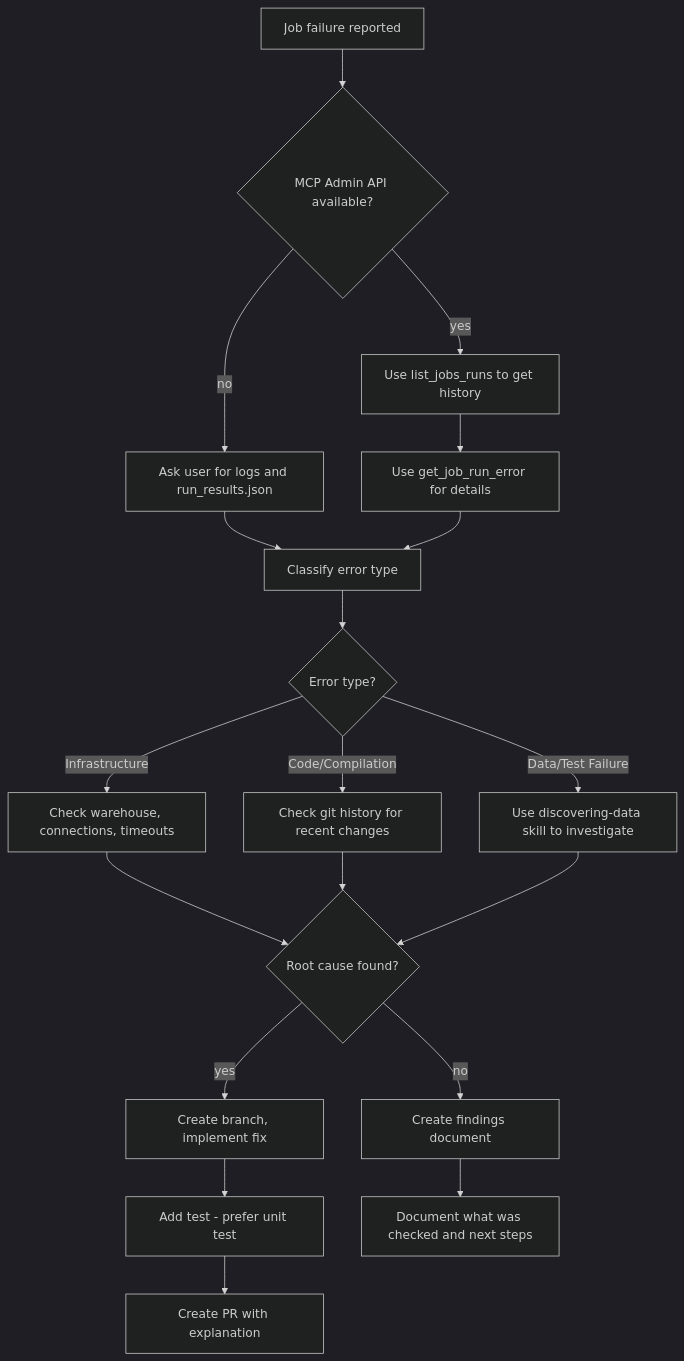
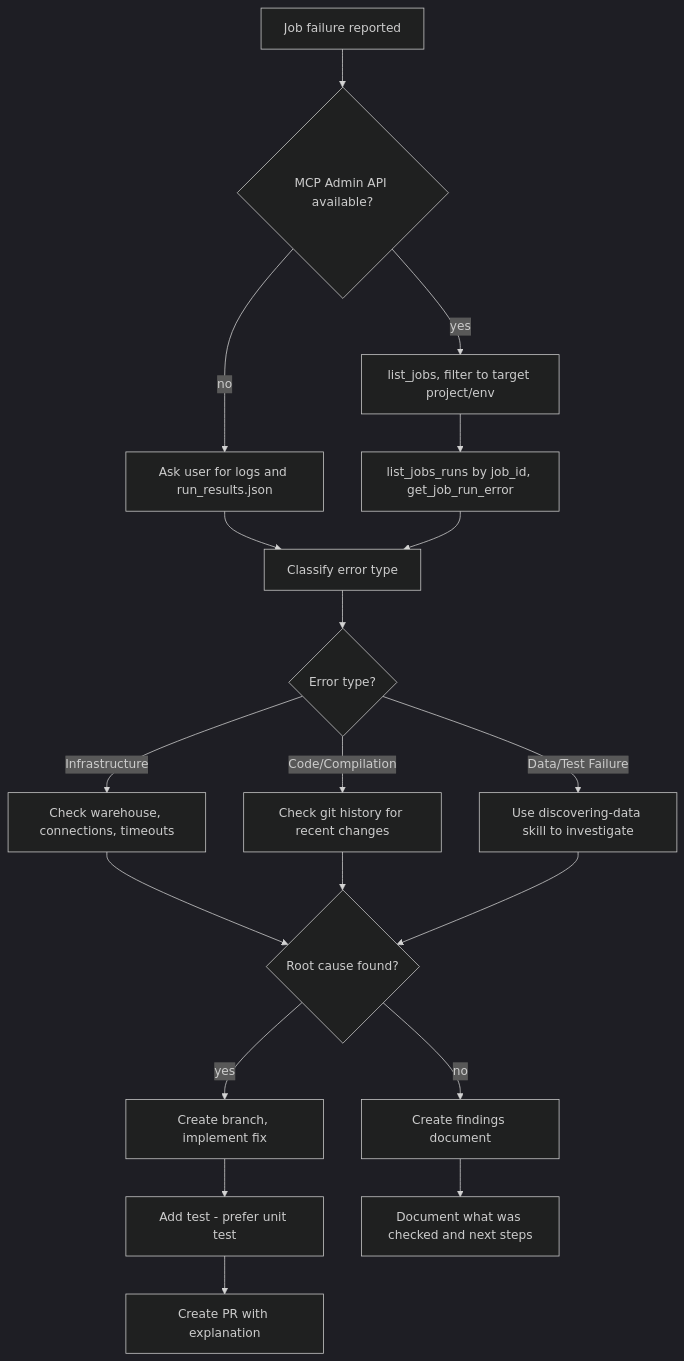
The diagram in mirrors/repos/dbt-labs@dbt-agent-skills/skills/dbt/skills/troubleshooting-dbt-job-errors/SKILL.md (gabrielmoreira/agent-skills-mirror), drawn with Mermaid (dark theme) before and after one commit. The commit also changed other lines of this file and 2689 other files, not shown here.

````diff
--- a/mirrors/repos/dbt-labs@dbt-agent-skills/skills/dbt/skills/troubleshooting-dbt-job-errors/SKILL.md
+++ b/mirrors/repos/dbt-labs@dbt-agent-skills/skills/dbt/skills/troubleshooting-dbt-job-errors/SKILL.md
@@ -40,21 +40,21 @@
 ```mermaid
 flowchart TD
     A[Job failure reported] --> B{MCP Admin API available?}
-    B -->|yes| C[Use list_jobs_runs to get history]
+    B -->|yes| C[list_jobs, filter to target project/env]
     B -->|no| D[Ask user for logs and run_results.json]
-    C --> E[Use get_job_run_error for details]
+    C --> E[list_jobs_runs by job_id, get_job_run_error]
     D --> F[Classify error type]
     E --> F
     F --> G{Error type?}
     G -->|Infrastructure| H[Check warehouse, connections, timeouts]
     G -->|Code/Compilation| I[Check git history for recent changes]
     G -->|Data/Test Failure| J[Use discovering-data skill to investigate]
     H --> K{Root cause found?}
     I --> K
     J --> K
     K -->|yes| L[Create branch, implement fix]
     K -->|no| M[Create findings document]
     L --> N[Add test - prefer unit test]
     N --> O[Create PR with explanation]
     M --> P[Document what was checked and next steps]
 ```
````
